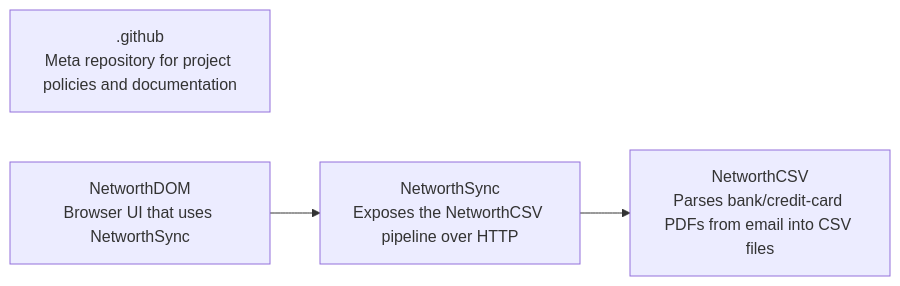
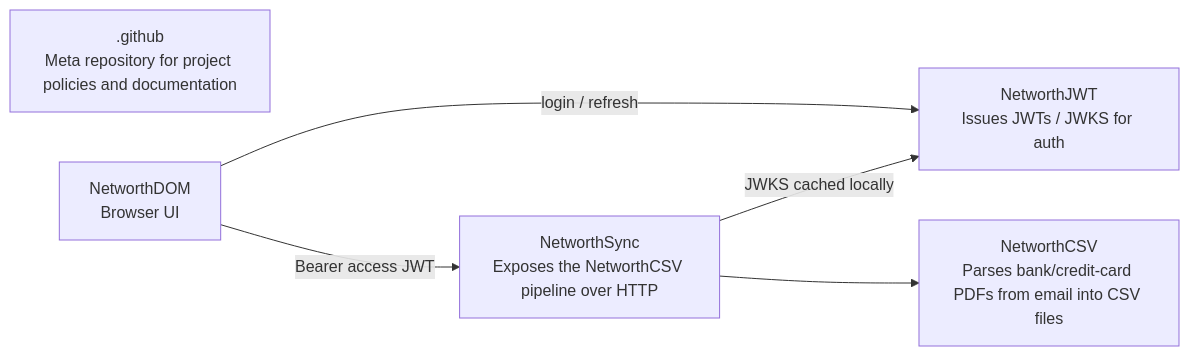
One commit to financial-footprints/.github changed the diagram in README.md. Above: the diagram before and after it, drawn with Mermaid. The commit also changed other lines of this file and 6 other files, not shown here.

Commit message:
chore(docs): Add NetworthJWT

````diff
--- a/README.md
+++ b/README.md
@@ -7,9 +7,13 @@
 ```mermaid
 flowchart LR
   github[".github<br/>Meta repository for project policies and documentation"]
-  dom["NetworthDOM<br/>Browser UI that uses NetworthSync"]
+  dom["NetworthDOM<br/>Browser UI"]
+  jwt["NetworthJWT<br/>Issues JWTs / JWKS for auth"]
   sync["NetworthSync<br/>Exposes the NetworthCSV pipeline over HTTP"]
   csv["NetworthCSV<br/>Parses bank/credit-card PDFs from email into CSV files"]
 
-  dom --> sync --> csv
+  dom -->|"login / refresh"| jwt
+  dom -->|"Bearer access JWT"| sync
+  sync -->|"JWKS cached locally"| jwt
+  sync --> csv
 ```
````
